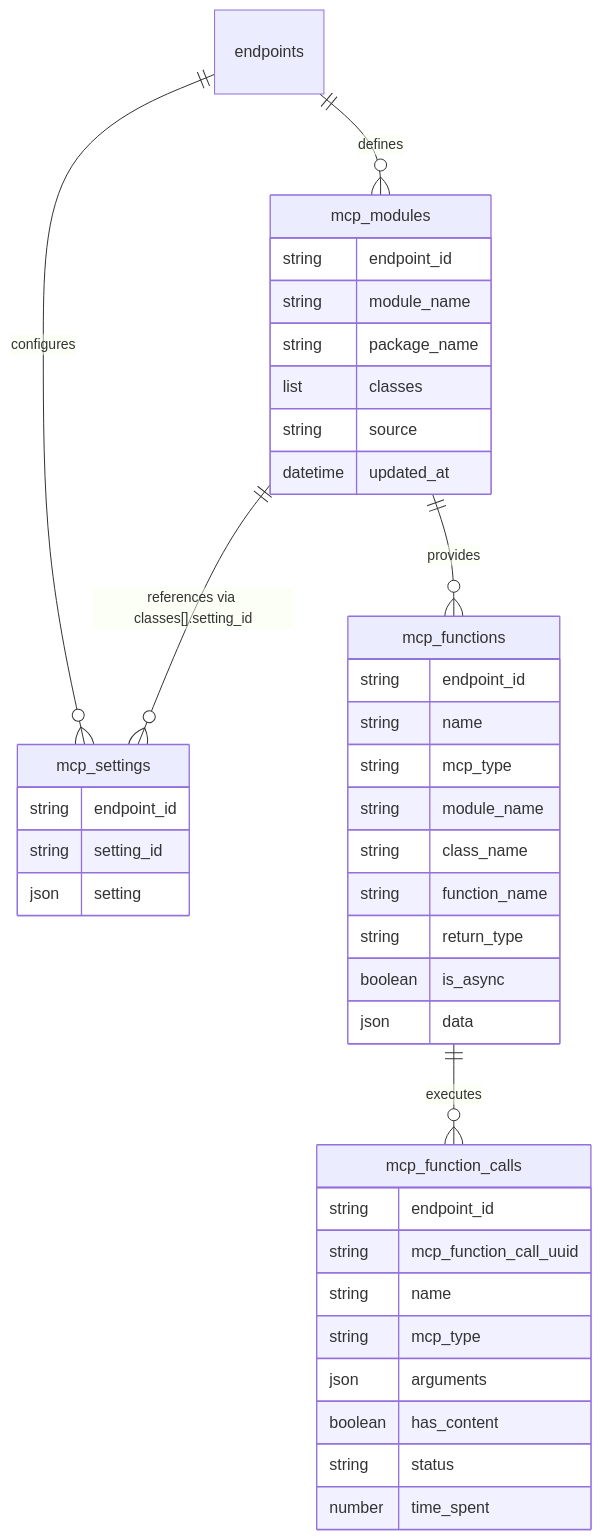
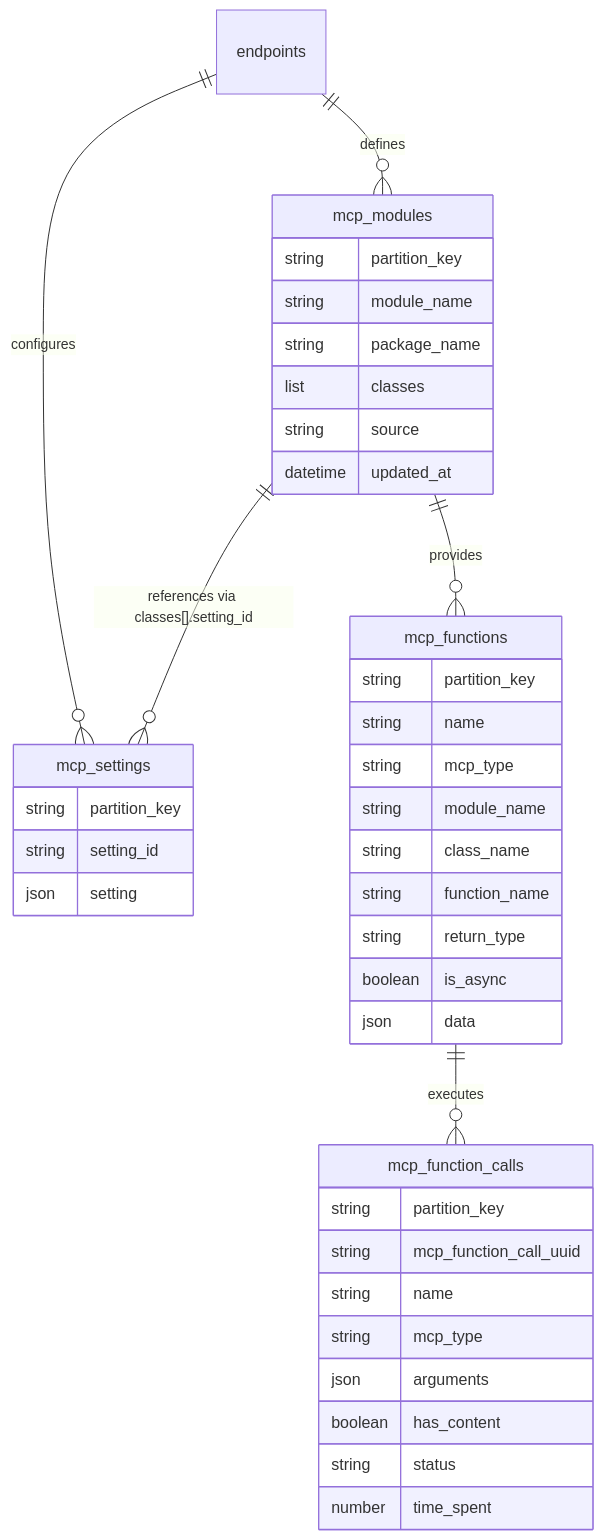
Before and after one commit to ideabosque/ai_mcp_daemon_engine: the second of 2 diagrams in README.md, drawn with Mermaid. The commit also changed other lines of this file and 1 other file, not shown here.

````diff
--- a/README.md
+++ b/README.md
@@ -323,43 +330,43 @@
 ```mermaid
 erDiagram
     endpoints ||--o{ mcp_modules : "defines"
     endpoints ||--o{ mcp_settings : "configures"
     mcp_modules ||--o{ mcp_functions : "provides"
     mcp_functions ||--o{ mcp_function_calls : "executes"
     mcp_modules ||--o{ mcp_settings : "references via classes[].setting_id"
 
     mcp_modules {
-        string endpoint_id
+        string partition_key
         string module_name
         string package_name
         list classes
         string source
         datetime updated_at
     }
     mcp_functions {
-        string endpoint_id
+        string partition_key
         string name
         string mcp_type
         string module_name
         string class_name
         string function_name
         string return_type
         boolean is_async
         json data
     }
     mcp_function_calls {
-        string endpoint_id
+        string partition_key
         string mcp_function_call_uuid
         string name
         string mcp_type
         json arguments
         boolean has_content
         string status
         number time_spent
     }
     mcp_settings {
-        string endpoint_id
+        string partition_key
         string setting_id
         json setting
     }
 ```
````
